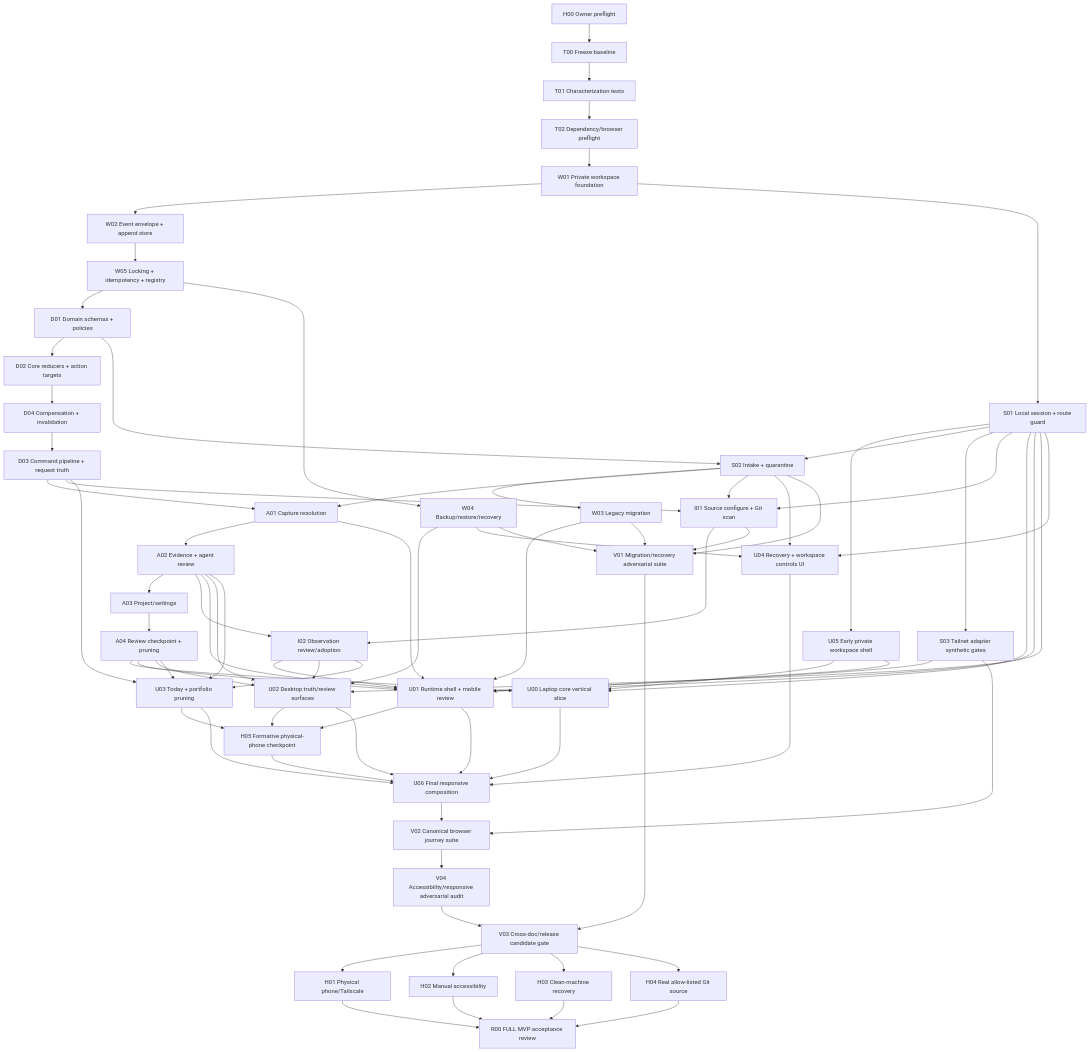
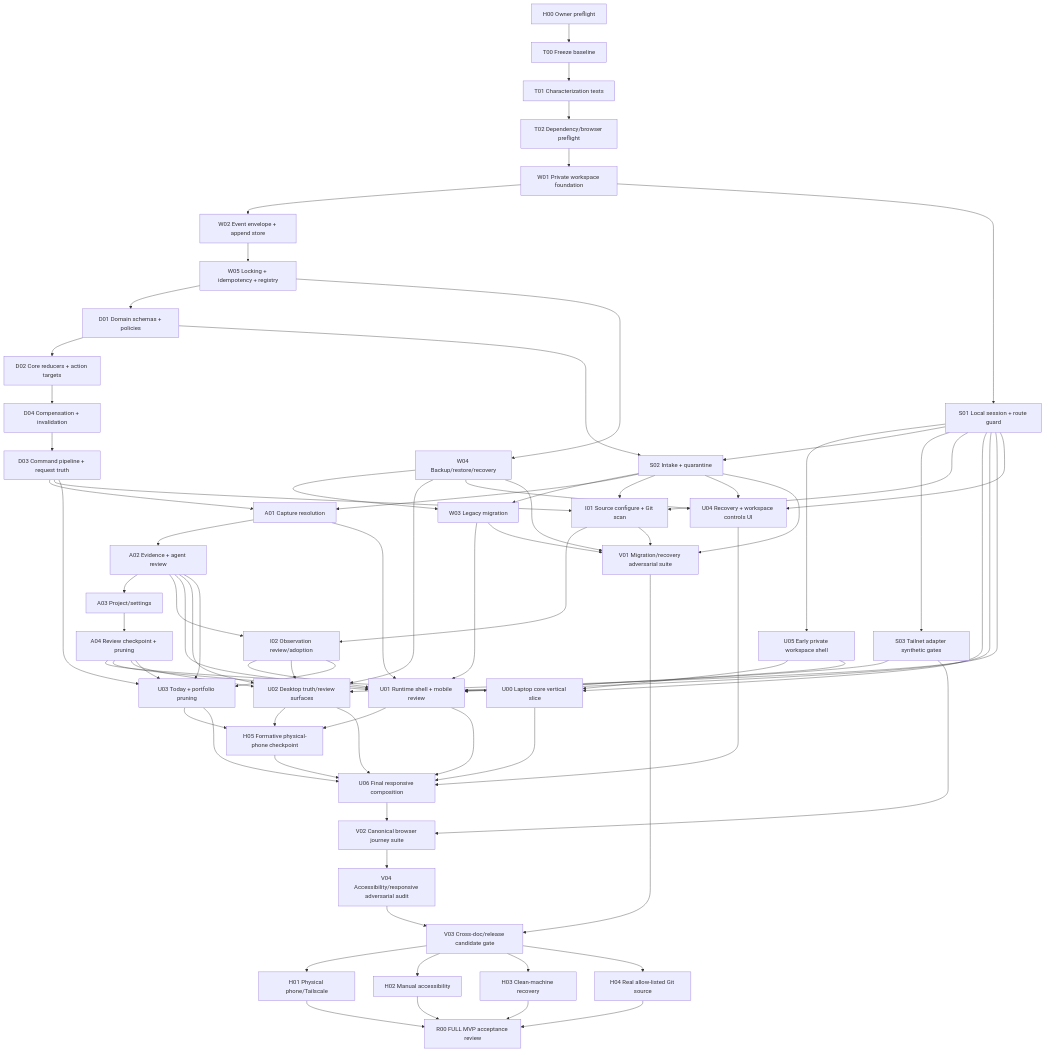
Before and after one commit to SDV-G-Deploy/AGENCY_OS_FIRST: the diagram in docs/full-mvp/03_IMPLEMENTATION_DAG.md, drawn with Mermaid. The commit also changed other lines of this file and 6 other files, not shown here.

````diff
--- a/docs/full-mvp/03_IMPLEMENTATION_DAG.md
+++ b/docs/full-mvp/03_IMPLEMENTATION_DAG.md
@@ -205,79 +212,80 @@
 ```mermaid
 flowchart TD
     H00["H00 Owner preflight"] --> T00["T00 Freeze baseline"]
     T00 --> T01["T01 Characterization tests"]
     T01 --> T02["T02 Dependency/browser preflight"]
     T02 --> W01["W01 Private workspace foundation"]
     W01 --> W02["W02 Event envelope + append store"]
     W02 --> W05["W05 Locking + idempotency + registry"]
     W05 --> D01["D01 Domain schemas + policies"]
     W05 --> W04["W04 Backup/restore/recovery"]
     D01 --> D02["D02 Core reducers + action targets"]
     D02 --> D04["D04 Compensation + invalidation"]
     D04 --> D03["D03 Command pipeline + request truth"]
     W01 --> S01["S01 Local session + route guard"]
     S01 --> U05["U05 Early private workspace shell"]
     S01 --> S02["S02 Intake + quarantine"]
     D01 --> S02
     S02 --> W03["W03 Legacy migration"]
+    W04 --> W03
     S01 --> S03["S03 Tailnet adapter synthetic gates"]
     D03 --> A01["A01 Capture resolution"]
     S02 --> A01
     A01 --> A02["A02 Evidence + agent review"]
     A02 --> A03["A03 Project/settings"]
     A03 --> A04["A04 Review checkpoint + pruning"]
     D03 --> I01["I01 Source configure + Git scan"]
     S02 --> I01
     S01 --> I01
     I01 --> I02["I02 Observation review/adoption"]
     A02 --> I02
     A04 --> U00["U00 Laptop core vertical slice"]
     S01 --> U00
     U05 --> U00
     W03 --> U01["U01 Runtime shell + mobile review"]
     A01 --> U01
     A02 --> U01
     A04 --> U01
     I02 --> U01
     S01 --> U01
     S03 --> U01
     U05 --> U01
     A02 --> U02["U02 Desktop truth/review surfaces"]
     A04 --> U02
     I02 --> U02
     W04 --> U02
     S01 --> U02
     A04 --> U03["U03 Today + portfolio pruning"]
     A02 --> U03
     I02 --> U03
     D03 --> U03
     W04 --> U04["U04 Recovery + workspace controls UI"]
     S01 --> U04
     S02 --> U04
     W03 --> V01["V01 Migration/recovery adversarial suite"]
     W04 --> V01
     I01 --> V01
     S02 --> V01
     U01 --> H05["H05 Formative physical-phone checkpoint"]
     U02 --> H05
     U03 --> H05
     U00 --> U06["U06 Final responsive composition"]
     U01 --> U06
     U02 --> U06
     U03 --> U06
     U04 --> U06
     H05 --> U06
     U06 --> V02["V02 Canonical browser journey suite"]
     S03 --> V02
     V02 --> V04["V04 Accessibility/responsive adversarial audit"]
     V01 --> V03["V03 Cross-doc/release candidate gate"]
     V04 --> V03
     V03 --> H01["H01 Physical phone/Tailscale"]
     V03 --> H02["H02 Manual accessibility"]
     V03 --> H03["H03 Clean-machine recovery"]
     V03 --> H04["H04 Real allow-listed Git source"]
     H01 --> R00["R00 FULL MVP acceptance review"]
     H02 --> R00
     H03 --> R00
     H04 --> R00
 ```
````
